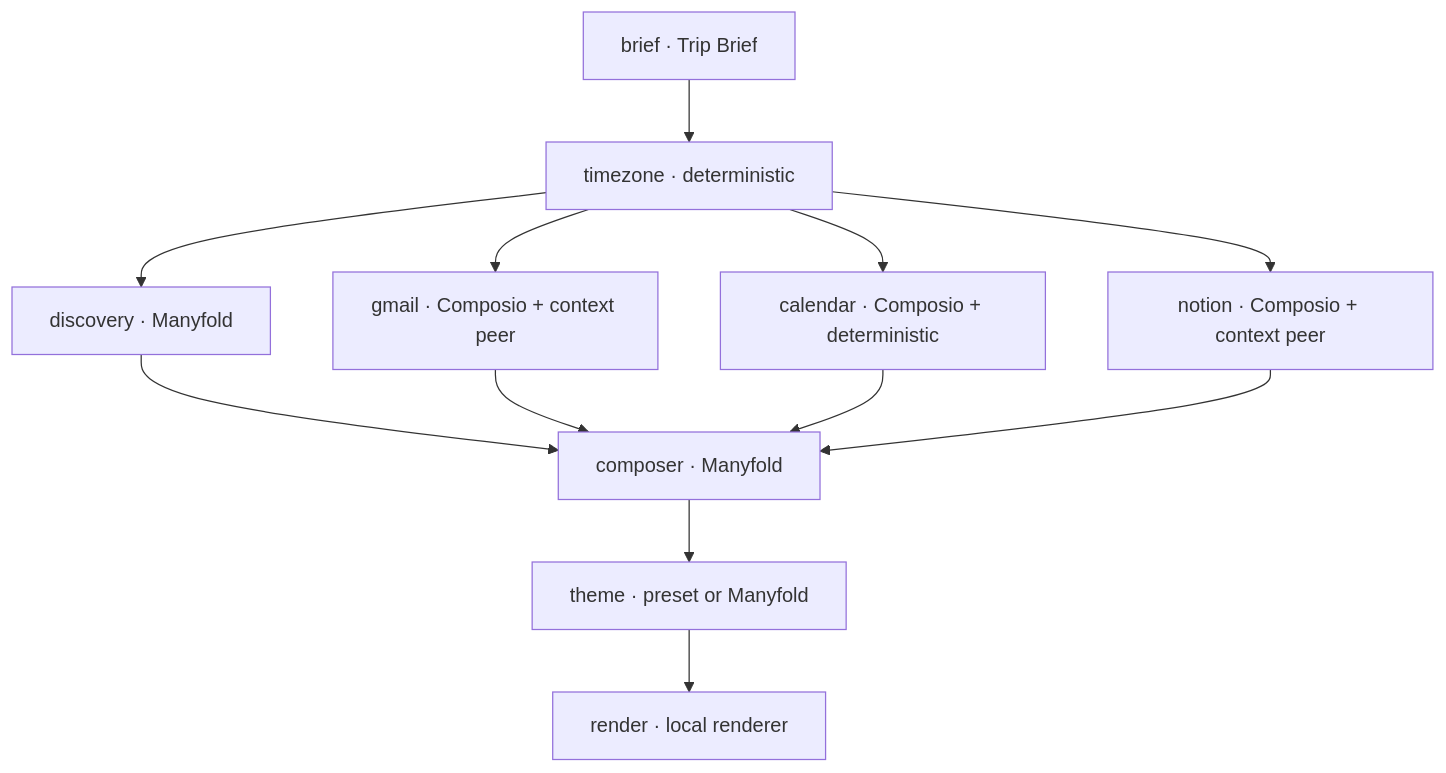
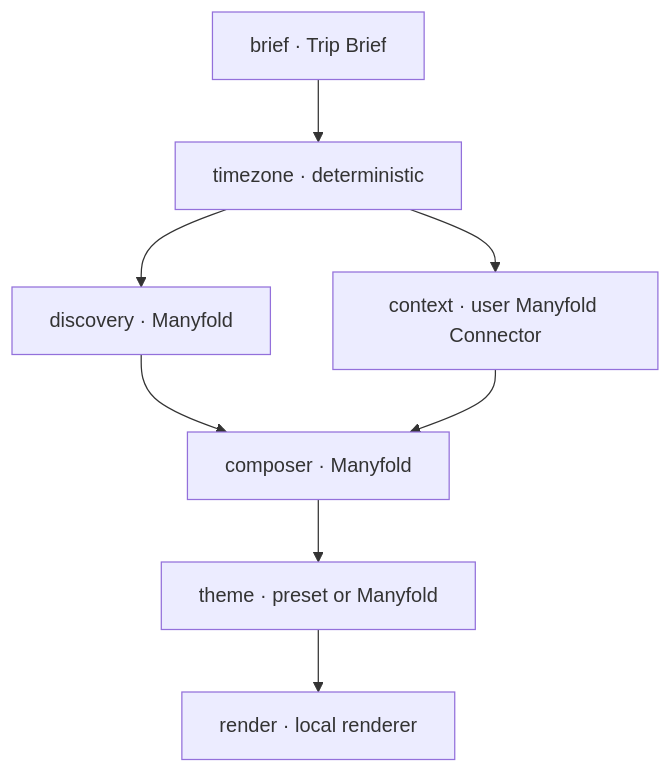
The diagram in docs/agent-orchestration.md (manyfold-open/travel-ticket), drawn with Mermaid before and after one commit. The commit also changed other lines of this file and 48 other files, not shown here.

Commit message:
feat: move connector access behind Manyfold A2A

````diff
--- a/docs/agent-orchestration.md
+++ b/docs/agent-orchestration.md
@@ -8,14 +8,10 @@
 ```mermaid
 flowchart TD
   Brief["brief · Trip Brief"] --> Timezone["timezone · deterministic"]
   Timezone --> Discovery["discovery · Manyfold"]
-  Timezone --> Gmail["gmail · Composio + context peer"]
-  Timezone --> Calendar["calendar · Composio + deterministic"]
-  Timezone --> Notion["notion · Composio + context peer"]
+  Timezone --> Context["context · user Manyfold Connector"]
   Discovery --> Composer["composer · Manyfold"]
-  Gmail --> Composer
-  Calendar --> Composer
-  Notion --> Composer
+  Context --> Composer
   Composer --> Theme["theme · preset or Manyfold"]
   Theme --> Render["render · local renderer"]
 ```
````
